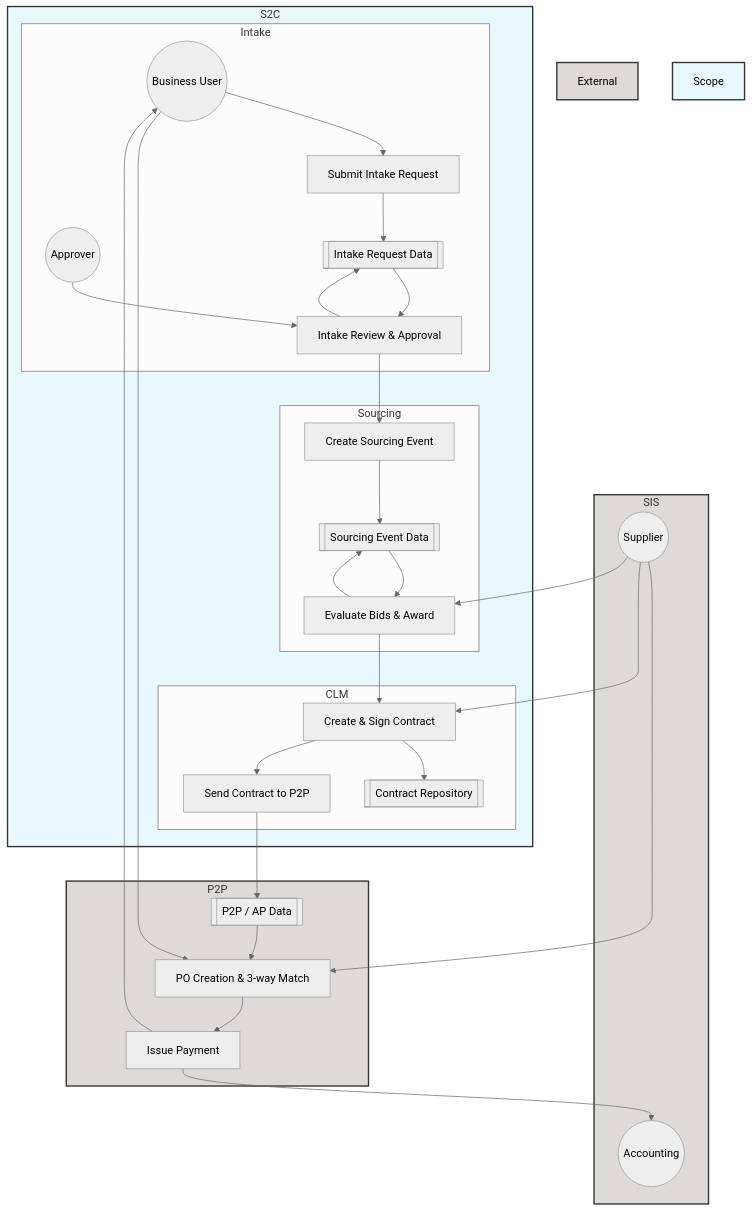
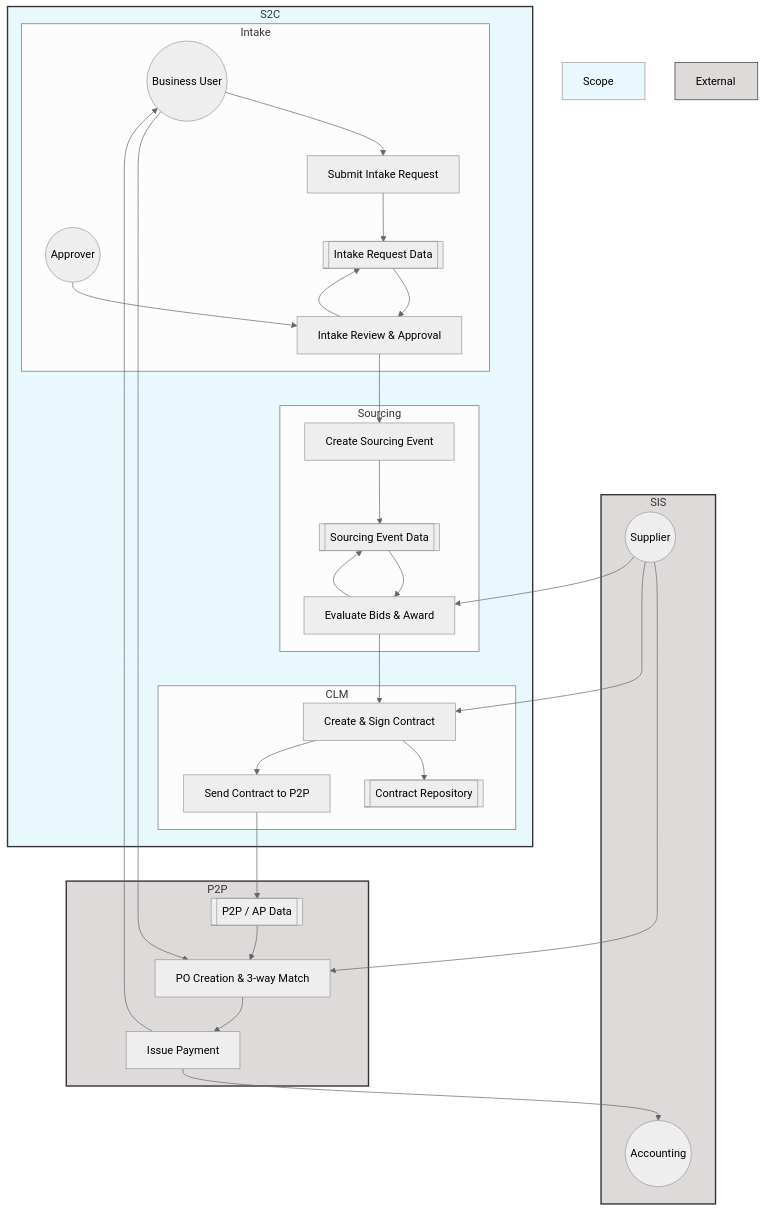
The diagram in S2C.md (houssamkhalifeh/practice), drawn with Mermaid (neutral theme) before and after one commit.

````diff
--- a/S2C.md
+++ b/S2C.md
@@ -1,81 +1,80 @@
 ```mermaid
 flowchart TD
 
-    External
     %% Style nodes
-    style Scope fill:#E8F8FD,stroke:#333,stroke-width:2px
-    style External fill:#DDDAD9,stroke:#333,stroke-width:2px
+    style Scope fill:#E8F8FD,width:120
+    style External fill:#DDDAD9,stroke:#333,width:120
     style SIS fill:#DDDAD9,stroke:#333,stroke-width:2px
     style P2P fill:#DDDAD9,stroke:#333,stroke-width:2px
     style S2C fill:#E8F8FD,stroke:#333,stroke-width:2px
 
 
     %% External Entities
     User((Business User))
     Supplier((Supplier))
     SupplierAccount((Accounting))
     Approver((Approver))
 
     %% Data Stores
     DS_Intake[[Intake Request Data]]
     DS_Sourcing[[Sourcing Event Data]]
     DS_Contract[[Contract Repository]]
     DS_P2P[[P2P / AP Data]]
 
     %% Processes
     P1[Submit Intake Request]
     P2[Intake Review & Approval]
     P3[Create Sourcing Event]
     P4[Evaluate Bids & Award]
     P5[Create & Sign Contract]
     P6[Send Contract to P2P]
     P7[PO Creation & 3-way Match]
     P8[Issue Payment]
 
     subgraph SIS
         Supplier
         SupplierAccount
     end
 
     subgraph P2P
         P7
         DS_P2P
         P8
     end
 
     subgraph S2C
         Intake
         Sourcing
         CLM
     end
     
     %% Flows
     subgraph Intake
         Approver --> P2 --> DS_Intake
         User --> P1 --> DS_Intake
         DS_Intake --> P2
     end
 
     subgraph Sourcing
         P2 --> P3 --> DS_Sourcing
         DS_Sourcing --> P4 --> DS_Sourcing
     end
 
     subgraph CLM
         P4 --> P5 --> DS_Contract
         P5 --> P6 --> DS_P2P
     end
 
 
     Supplier --> P7
     Supplier --> P5
     Supplier --> P4
 
 
     DS_P2P --> P7 --> P8
     P8 --> SupplierAccount
     User --> P7
     P8 --> User
 
 
 ```
````
